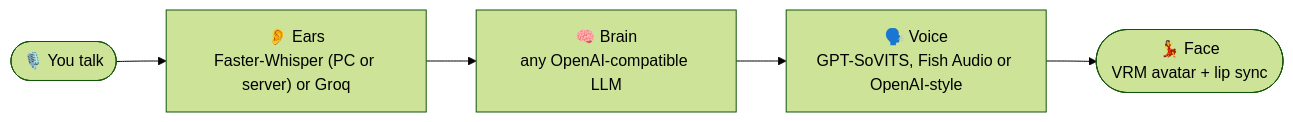
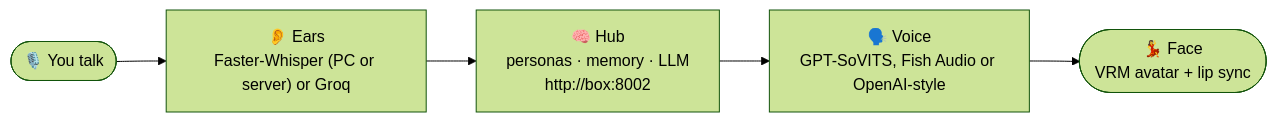
Before and after one commit to urbanslayer/ai-desktop-assistant: the diagram in README.md, drawn with Mermaid (forest theme). The commit also changed other lines of this file and 1 other file, not shown here.

First line of the commit message:
hub round (task B): live persona swap in the page + hub-era README

````diff
--- a/README.md
+++ b/README.md
@@ -58,7 +58,7 @@
 ```mermaid
 flowchart LR
     you(["🎙️ You talk"]) --> ears["👂 Ears<br/>Faster-Whisper (PC or server) or Groq"]
-    ears --> brain["🧠 Brain<br/>any OpenAI-compatible LLM"]
-    brain --> voice["🗣️ Voice<br/>GPT-SoVITS, Fish Audio or OpenAI-style"]
+    ears --> hub["🧠 Hub<br/>personas · memory · LLM<br/>http://box:8002"]
+    hub --> voice["🗣️ Voice<br/>GPT-SoVITS, Fish Audio or OpenAI-style"]
     voice --> face(["💃 Face<br/>VRM avatar + lip sync"])
 ```
````
